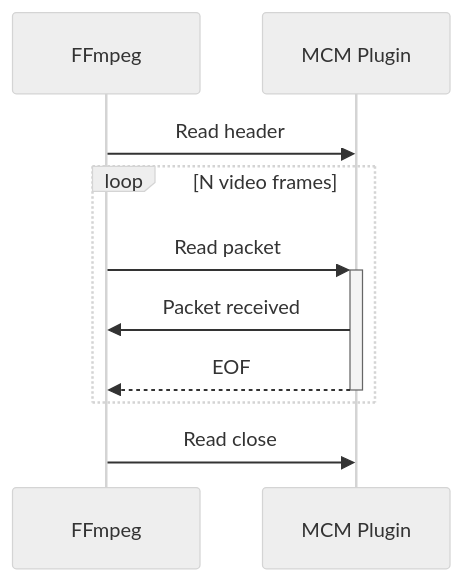
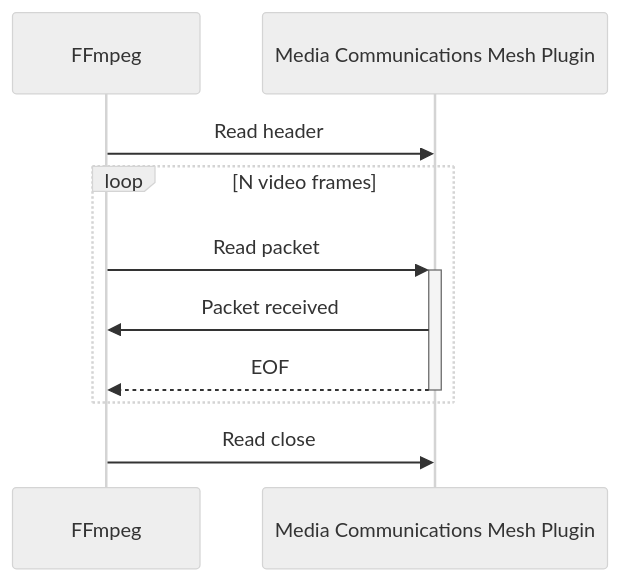
Before and after one commit to OpenVisualCloud/Media-Communications-Mesh: the first of 4 diagrams in ffmpeg-plugin/RX_FLOW.md, drawn with Mermaid (neutral theme). The commit also changed other lines of this file and 14 other files, not shown here.

````diff
--- a/ffmpeg-plugin/RX_FLOW.md
+++ b/ffmpeg-plugin/RX_FLOW.md
@@ -7,13 +7,13 @@
 ```mermaid
 sequenceDiagram
    participant ffmpeg as FFmpeg
-   participant mux as MCM Plugin
+   participant mux as Media Communications Mesh Plugin
 
    ffmpeg ->> mux: Read header
    loop N video frames
    ffmpeg ->>+ mux: Read packet
    mux ->> ffmpeg: Packet received
    mux -->>- ffmpeg: EOF
    end
    ffmpeg ->> mux: Read close
 ```
````
